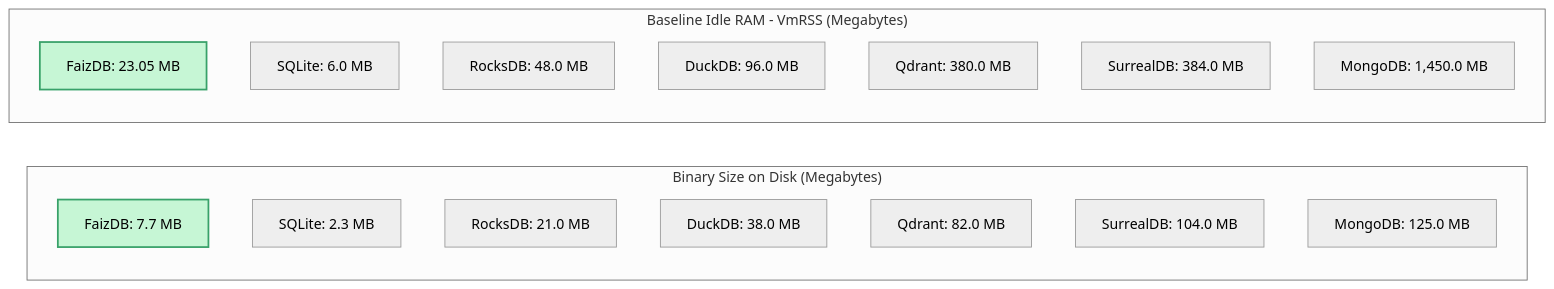
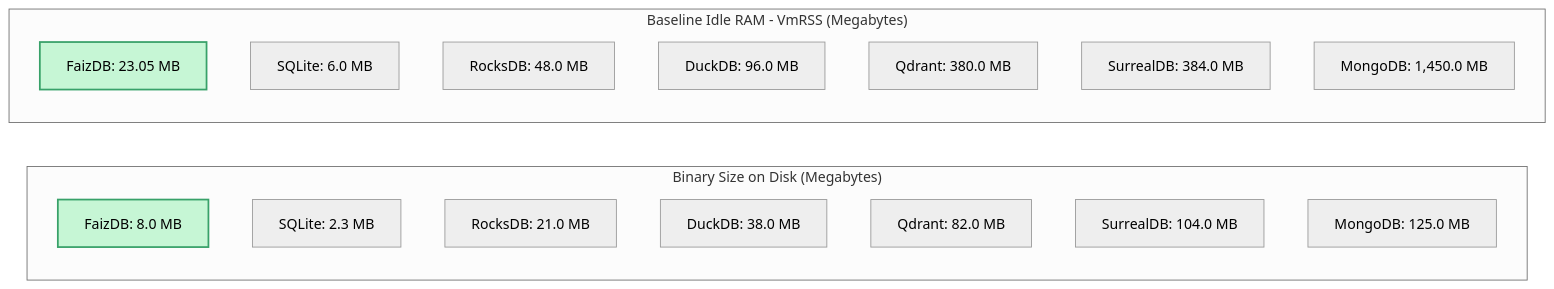
The eighth of 8 diagrams in docs/FAIZDB_ARCHITECTURE_WHITEPAPER.md (ictdothouse/faizdb), drawn with Mermaid (neutral theme) before and after one commit. The commit also changed other lines of this file and 9 other files, not shown here.

````diff
--- a/docs/FAIZDB_ARCHITECTURE_WHITEPAPER.md
+++ b/docs/FAIZDB_ARCHITECTURE_WHITEPAPER.md
@@ -433,27 +433,27 @@
 ```mermaid
 flowchart LR
     subgraph BinaryFootprint["Binary Size on Disk (Megabytes)"]
         direction TB
-        B_FaizDB["FaizDB: 7.7 MB"]
+        B_FaizDB["FaizDB: 8.0 MB"]
         B_SQLite["SQLite: 2.3 MB"]
         B_RocksDB["RocksDB: 21.0 MB"]
         B_DuckDB["DuckDB: 38.0 MB"]
         B_Qdrant["Qdrant: 82.0 MB"]
         B_Surreal["SurrealDB: 104.0 MB"]
         B_Mongo["MongoDB: 125.0 MB"]
     end
 
     subgraph RAMFootprint["Baseline Idle RAM - VmRSS (Megabytes)"]
         direction TB
         R_FaizDB["FaizDB: 23.05 MB"]
         R_SQLite["SQLite: 6.0 MB"]
         R_RocksDB["RocksDB: 48.0 MB"]
         R_DuckDB["DuckDB: 96.0 MB"]
         R_Qdrant["Qdrant: 380.0 MB"]
         R_Surreal["SurrealDB: 384.0 MB"]
         R_Mongo["MongoDB: 1,450.0 MB"]
     end
 
     style B_FaizDB fill:#c6f6d5,stroke:#38a169,stroke-width:2px;
     style R_FaizDB fill:#c6f6d5,stroke:#38a169,stroke-width:2px;
 ```
````
